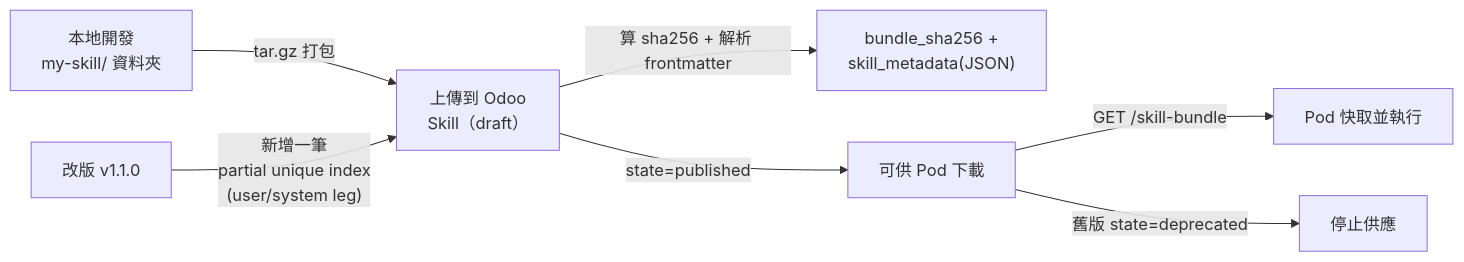
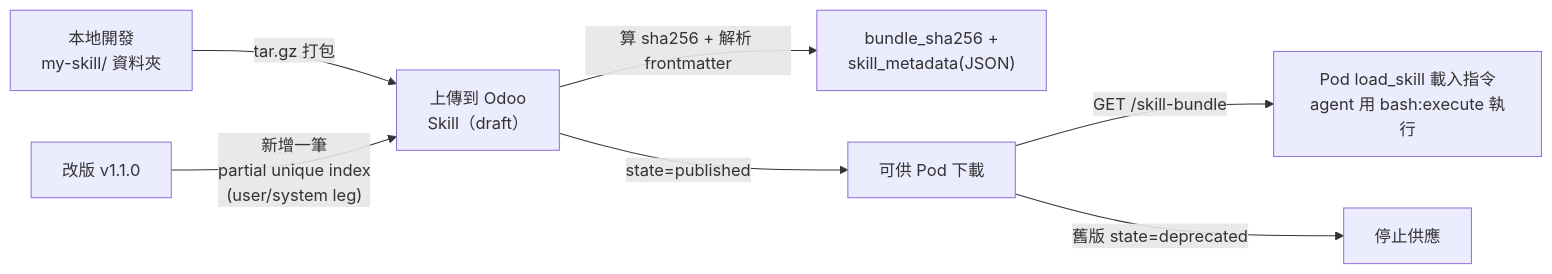
The third of 3 diagrams in docs/guides/paas-skill-system/03-skill-design.md (WOOWTECH/odoo-addon-woow-paas-platform), drawn with Mermaid before and after one commit. The commit also changed other lines of this file and 7 other files, not shown here.

First line of the commit message:
docs: skill 知識庫對齊 Claude Code 執行模型 + bash sidecar

````diff
--- a/docs/guides/paas-skill-system/03-skill-design.md
+++ b/docs/guides/paas-skill-system/03-skill-design.md
@@ -113,9 +121,9 @@
 ```mermaid
 graph LR
     A["本地開發<br/>my-skill/ 資料夾"] -->|"tar.gz 打包"| B["上傳到 Odoo<br/>Skill（draft）"]
     B -->|"算 sha256 + 解析 frontmatter"| C["bundle_sha256 +<br/>skill_metadata(JSON)"]
     B -->|"state=published"| D["可供 Pod 下載"]
-    D -->|"GET /skill-bundle"| E["Pod 快取並執行"]
+    D -->|"GET /skill-bundle"| E["Pod load_skill 載入指令<br/>agent 用 bash:execute 執行"]
     A2["改版 v1.1.0"] -->|"新增一筆<br/>partial unique index<br/>(user/system leg)"| B
     D -->|"舊版 state=deprecated"| F["停止供應"]
 ```
````
